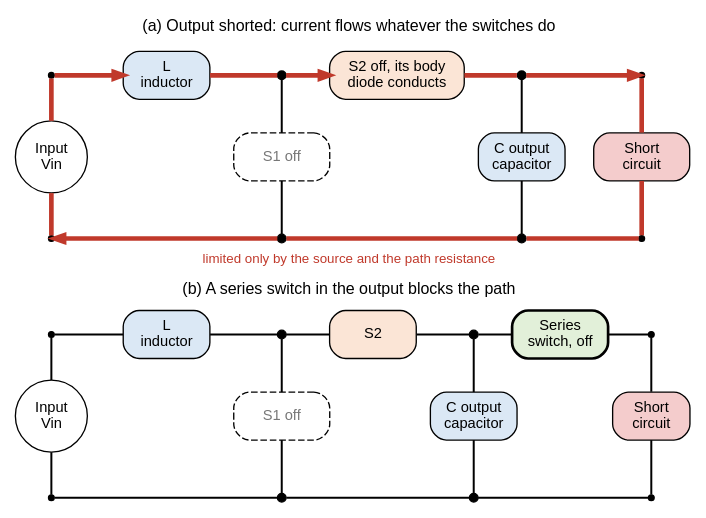
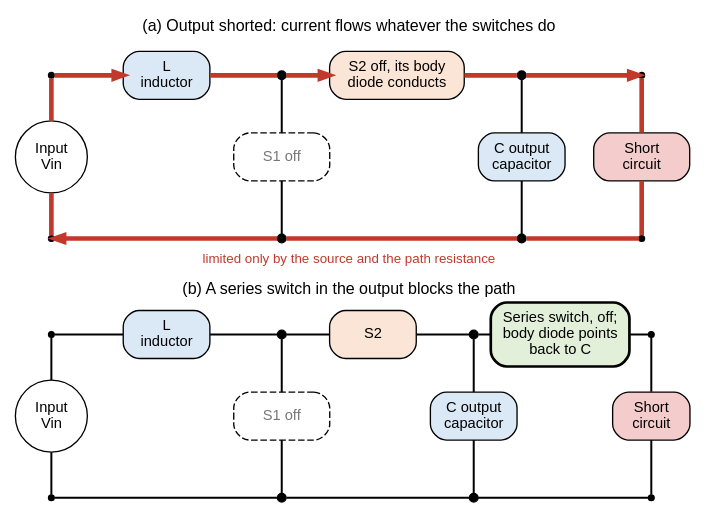
Before and after one commit to mithro/evampire: the diagram in docs/power/converters/boost-short.dot, drawn with Graphviz. The commit also changed 1 other file, not shown here.

Commit message:
Note the series switch's body-diode direction in the boost short figure
A series MOSFET blocks current towards the short only if its body
diode points back towards the output capacitor.

```diff
--- a/docs/power/converters/boost-short.dot
+++ b/docs/power/converters/boost-short.dot
@@ -1,84 +1,85 @@
 // Boost converter with its output short-circuited: (a) the fault current
 // path through the inductor and S2, which no switch of the power stage can
 // break; (b) a series switch in the output that blocks it.
 //
 // Fixed grid (positions in inches): panel (a) has its top row at y=4.6 and
 // ground at y=2.9; panel (b) has its top row at y=1.9 and ground at y=0.2.
 // The fault current path is drawn thick and red.
 //
 // SPDX-License-Identifier: Apache-2.0
 
 digraph boost_short {
     graph [layout=neato, splines=false, overlap=true, fontname="Helvetica",
            size="7.4,6"];
     node  [shape=box, style="rounded,filled", fillcolor="#f2f2f2",
            fontname="Helvetica", fontsize=11, width=1.0, height=0.5,
            fixedsize=true];
     edge  [penwidth=1.5, arrowhead=none];
 
     // Panel titles.
     t_a [pos="3.6,5.1!", shape=plaintext, style="", width=6.0, height=0.25,
          fontsize=12, label="(a) Output shorted: current flows whatever the switches do"];
     t_b [pos="3.6,2.36!", shape=plaintext, style="", width=6.0, height=0.25,
          fontsize=12, label="(b) A series switch in the output blocks the path"];
 
     // Panel (a).
     a_vin  [pos="0.5,3.75!", shape=circle, width=0.75, label="Input\nVin",
             fillcolor="#ffffff"];
     a_l    [pos="1.7,4.6!", width=0.9, label="L\ninductor", fillcolor="#dbe8f5"];
     a_s1   [pos="2.9,3.75!", width=1.0, label="S1 off", fillcolor="#ffffff",
             style="rounded,filled,dashed", fontcolor="#777777"];
     a_s2   [pos="4.1,4.6!", width=1.4, label="S2 off, its body\ndiode conducts",
             fillcolor="#fbe5d6"];
     a_c    [pos="5.4,3.75!", width=0.9, label="C output\ncapacitor",
             fillcolor="#dbe8f5"];
     a_sh   [pos="6.65,3.75!", width=1.0, label="Short\ncircuit",
             fillcolor="#f4cccc"];
     a_note [pos="3.6,2.68!", shape=plaintext, style="", width=4.0, height=0.2,
             fontsize=10, fontcolor="#c0392b",
             label="limited only by the source and the path resistance"];
 
     // Panel (b).
     b_vin  [pos="0.5,1.05!", shape=circle, width=0.75, label="Input\nVin",
             fillcolor="#ffffff"];
     b_l    [pos="1.7,1.9!", width=0.9, label="L\ninductor", fillcolor="#dbe8f5"];
     b_s1   [pos="2.9,1.05!", width=1.0, label="S1 off", fillcolor="#ffffff",
             style="rounded,filled,dashed", fontcolor="#777777"];
     b_s2   [pos="3.85,1.9!", width=0.9, label="S2",
             fillcolor="#fbe5d6"];
     b_c    [pos="4.9,1.05!", width=0.9, label="C output\ncapacitor",
             fillcolor="#dbe8f5"];
-    b_ser  [pos="5.8,1.9!", width=1.0, label="Series\nswitch, off",
+    b_ser  [pos="5.8,1.9!", width=1.45, height=0.66,
+            label="Series switch, off;\nbody diode points\nback to C",
             fillcolor="#e2f0d9", style="rounded,filled,bold"];
     b_sh   [pos="6.75,1.05!", width=0.8, label="Short\ncircuit",
             fillcolor="#f4cccc"];
 
     // Junctions and corners.
     node  [shape=point, width=0.06, height=0.06, label="", style=filled,
            fillcolor=black];
     a_in  [pos="0.5,4.6!"];   a_sw [pos="2.9,4.6!", width=0.09, height=0.09];
     a_out [pos="5.4,4.6!", width=0.09, height=0.09];  a_ot [pos="6.65,4.6!"];
     a_g0  [pos="0.5,2.9!"];   a_g1 [pos="2.9,2.9!", width=0.09, height=0.09];
     a_g2  [pos="5.4,2.9!", width=0.09, height=0.09];  a_g3 [pos="6.65,2.9!"];
 
     b_in  [pos="0.5,1.9!"];   b_sw [pos="2.9,1.9!", width=0.09, height=0.09];
     b_out [pos="4.9,1.9!", width=0.09, height=0.09];  b_ot [pos="6.75,1.9!"];
     b_g0  [pos="0.5,0.2!"];   b_g1 [pos="2.9,0.2!", width=0.09, height=0.09];
     b_g2  [pos="4.9,0.2!", width=0.09, height=0.09];  b_g3 [pos="6.75,0.2!"];
 
     // Panel (a): ordinary wiring, then the fault path on top.
     a_sw -> a_s1;  a_s1 -> a_g1;  a_out -> a_c;  a_c -> a_g2;
     edge [penwidth=3.5, color="#c0392b", arrowhead=normal, arrowsize=0.7];
     a_vin -> a_in [arrowhead=none];  a_in -> a_l;  a_l -> a_sw [arrowhead=none];
     a_sw -> a_s2;  a_s2 -> a_out [arrowhead=none];  a_out -> a_ot;
     a_ot -> a_sh [arrowhead=none];  a_sh -> a_g3 [arrowhead=none];
     a_g3 -> a_g2 [arrowhead=none];  a_g2 -> a_g1 [arrowhead=none];
     a_g1 -> a_g0;  a_g0 -> a_vin [arrowhead=none];
 
     // Panel (b): the path stops at the open series switch.
     edge [penwidth=1.5, color="#000000", arrowhead=none];
     b_sw -> b_s1;  b_s1 -> b_g1;  b_out -> b_c;  b_c -> b_g2;
     b_vin -> b_in;  b_in -> b_l;  b_l -> b_sw;  b_sw -> b_s2;  b_s2 -> b_out;
     b_out -> b_ser;  b_ser -> b_ot;  b_ot -> b_sh;  b_sh -> b_g3;
     b_g3 -> b_g2;  b_g2 -> b_g1;  b_g1 -> b_g0;  b_g0 -> b_vin;
 }
```
